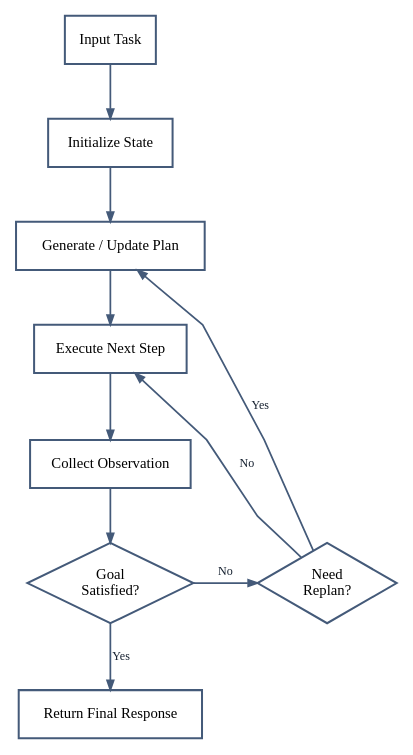
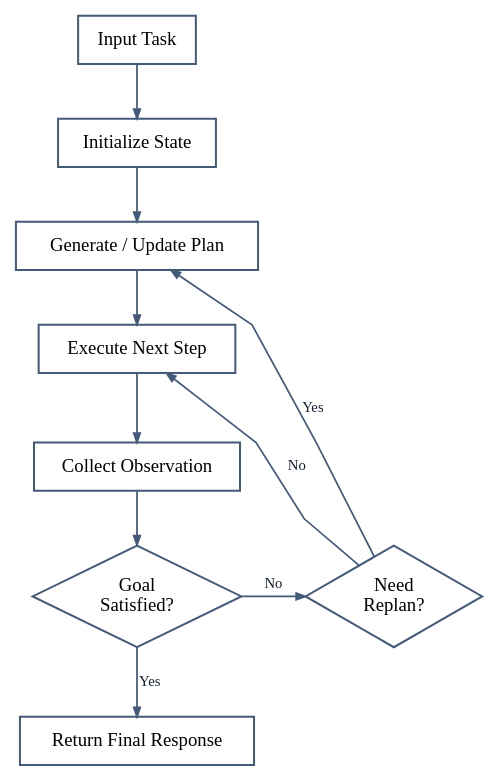
One commit to quiznat/tot-hf-survey-artifacts changed the diagram in assets/diagram_multistep_state.dot. Above: the diagram before and after it, drawn with Graphviz. The commit also changed 15 other files, not shown here.

Commit message:
Tune manuscript diagram typography to body-text scale

```diff
--- a/assets/diagram_multistep_state.dot
+++ b/assets/diagram_multistep_state.dot
@@ -1,22 +1,22 @@
 digraph G {
   graph [bgcolor="#ffffff", pad="0.06", nodesep="0.34", ranksep="0.50", splines="polyline", fontname="Times-Roman", fontcolor="#162130", margin="0.02", rankdir="TB", ranksep="0.56", nodesep="0.34"];
-  node [shape="box", style="filled", fillcolor="#ffffff", color="#445a79", penwidth="1.5", fontname="Times-Roman", fontsize="11", margin="0.06,0.05"];
-  edge [color="#445a79", penwidth="1.3", arrowsize="0.70", fontname="Times-Roman", fontsize="9", fontcolor="#162130"];
+  node [shape="box", style="filled", fillcolor="#ffffff", color="#445a79", penwidth="1.5", fontname="Times-Roman", fontsize="14", margin="0.08,0.07"];
+  edge [color="#445a79", penwidth="1.3", arrowsize="0.70", fontname="Times-Roman", fontsize="11", fontcolor="#162130"];
 
   input [label="Input Task"];
   init [label="Initialize State"];
   plan [label="Generate / Update Plan"];
   step [label="Execute Next Step"];
   observe [label="Collect Observation"];
-  goal [shape="diamond", style="filled", fillcolor="#ffffff", color="#445a79", penwidth="1.5", fontname="Times-Roman", fontsize="11", margin="0.04,0.04", label="Goal\nSatisfied?"];
-  replan [shape="diamond", style="filled", fillcolor="#ffffff", color="#445a79", penwidth="1.5", fontname="Times-Roman", fontsize="11", margin="0.04,0.04", label="Need\nReplan?"];
+  goal [shape="diamond", style="filled", fillcolor="#ffffff", color="#445a79", penwidth="1.5", fontname="Times-Roman", fontsize="14", margin="0.05,0.05", label="Goal\nSatisfied?"];
+  replan [shape="diamond", style="filled", fillcolor="#ffffff", color="#445a79", penwidth="1.5", fontname="Times-Roman", fontsize="14", margin="0.05,0.05", label="Need\nReplan?"];
   out [label="Return Final Response"];
 
   input -> init -> plan -> step -> observe -> goal;
   goal -> out [label="Yes"];
   goal -> replan [label="No"];
   replan -> plan [label="Yes", constraint=false];
   replan -> step [label="No", constraint=false];
 
   { rank=same; goal; replan }
 }
```
